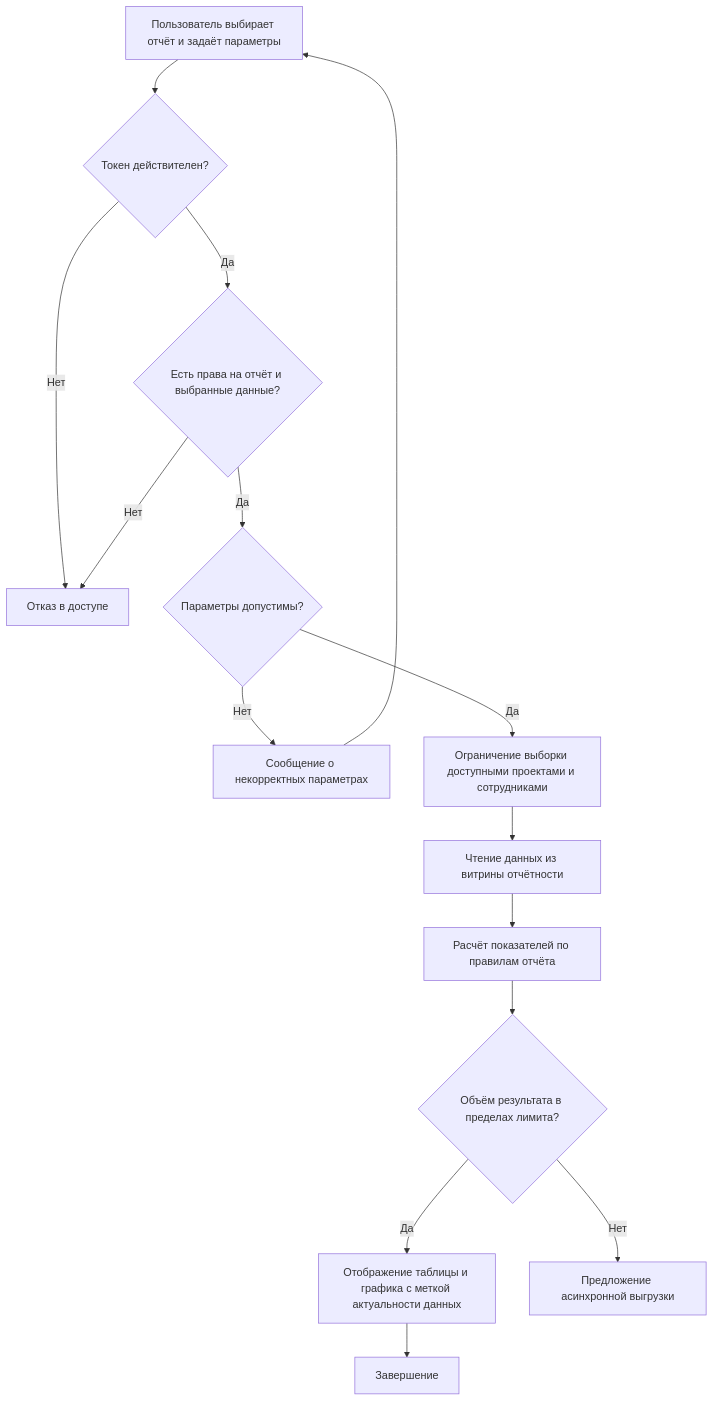
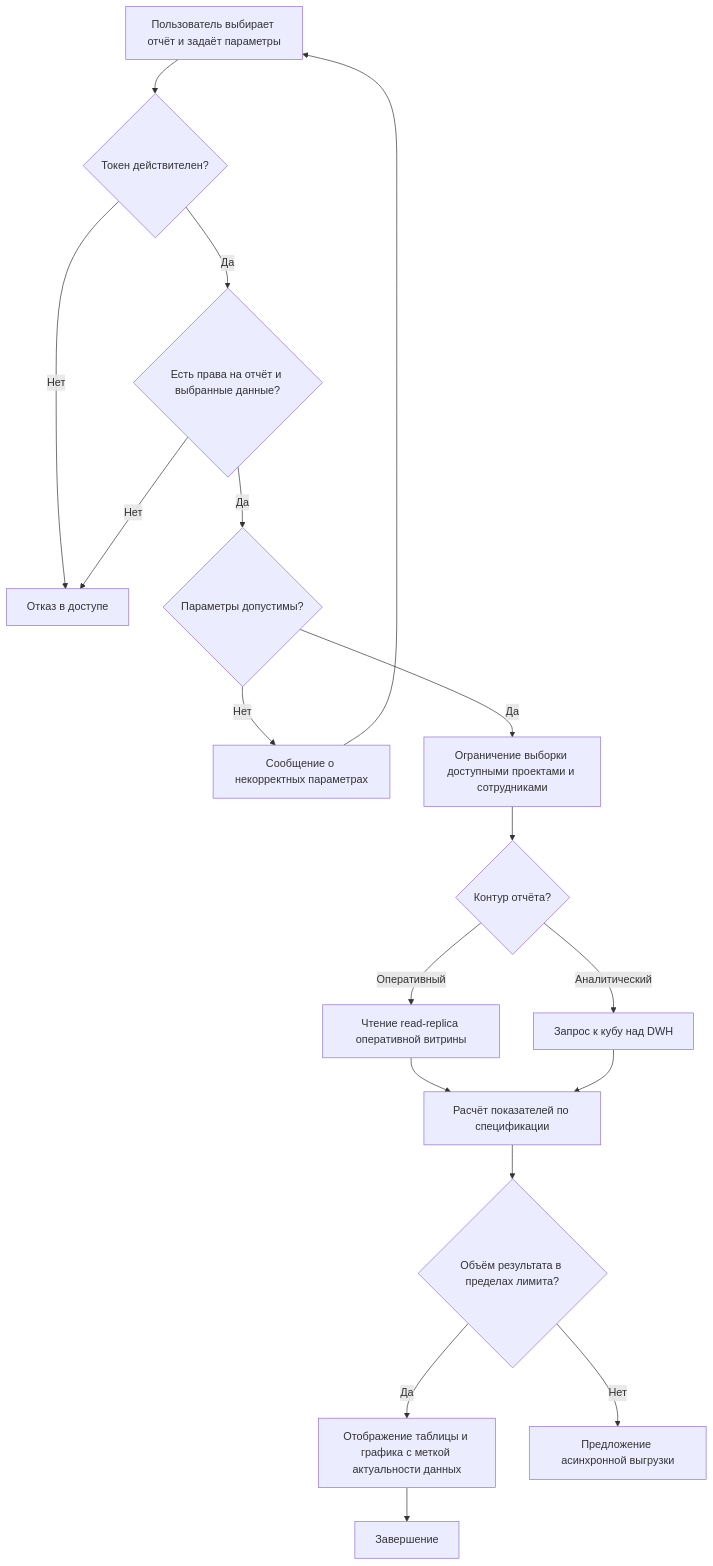
The second of 6 diagrams in reports/docs/vision.md (MEPhI-C22-501/arch-info-system-monorepo), drawn with Mermaid before and after one commit. The commit also changed other lines of this file and 40 other files, not shown here.

````diff
--- a/reports/docs/vision.md
+++ b/reports/docs/vision.md
@@ -205,17 +249,20 @@
 ```mermaid
 flowchart TD
     A["Пользователь выбирает отчёт и задаёт параметры"] --> B{"Токен действителен?"}
     B -->|"Нет"| C["Отказ в доступе"]
     B -->|"Да"| D{"Есть права на отчёт и выбранные данные?"}
     D -->|"Нет"| C
     D -->|"Да"| E{"Параметры допустимы?"}
     E -->|"Нет"| F["Сообщение о некорректных параметрах"]
     E -->|"Да"| G["Ограничение выборки доступными проектами и сотрудниками"]
-    G --> H["Чтение данных из витрины отчётности"]
-    H --> I["Расчёт показателей по правилам отчёта"]
+    G --> H{"Контур отчёта?"}
+    H -->|"Оперативный"| H1["Чтение read-replica оперативной витрины"]
+    H -->|"Аналитический"| H2["Запрос к кубу над DWH"]
+    H1 --> I["Расчёт показателей по спецификации"]
+    H2 --> I
     I --> J{"Объём результата в пределах лимита?"}
     J -->|"Да"| K["Отображение таблицы и графика с меткой актуальности данных"]
     J -->|"Нет"| L["Предложение асинхронной выгрузки"]
     K --> O["Завершение"]
     F --> A
 ```
````
